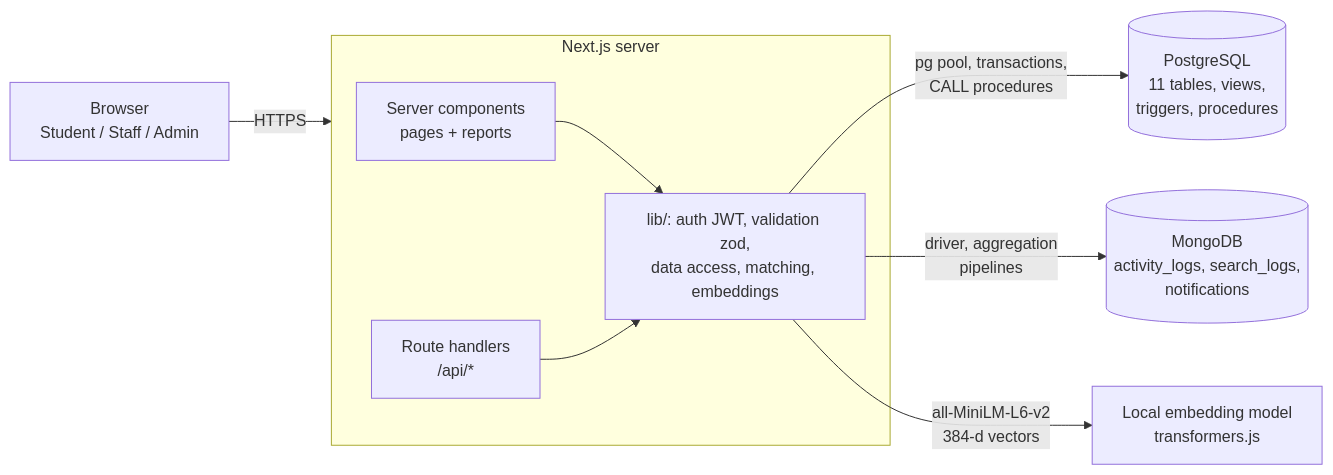
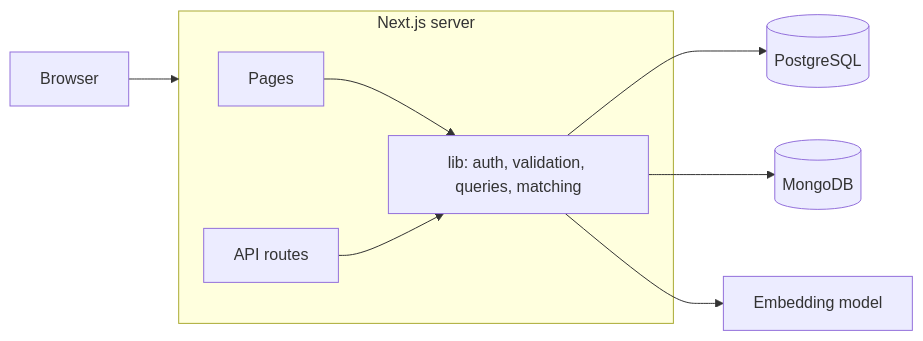
Before and after one commit to vishnu23-sys/DBMS_Project: the first of 2 diagrams in docs/PROJECT_REPORT.md, drawn with Mermaid. The commit also changed other lines of this file and 1 other file, not shown here.

````diff
--- a/docs/PROJECT_REPORT.md
+++ b/docs/PROJECT_REPORT.md
@@ -55,16 +49,16 @@
 ```mermaid
 flowchart LR
-    U[Browser<br/>Student / Staff / Admin] -->|HTTPS| N
+    U[Browser] --> N
 
     subgraph N[Next.js server]
-      P[Server components<br/>pages + reports]
-      A[Route handlers<br/>/api/*]
-      L[lib/: auth JWT, validation zod,<br/>data access, matching, embeddings]
+      P[Pages]
+      A[API routes]
+      L[lib: auth, validation, queries, matching]
       P --> L
       A --> L
     end
 
-    L -->|pg pool, transactions,<br/>CALL procedures| PG[(PostgreSQL<br/>11 tables, views,<br/>triggers, procedures)]
-    L -->|driver, aggregation<br/>pipelines| MG[(MongoDB<br/>activity_logs, search_logs,<br/>notifications)]
-    L -->|all-MiniLM-L6-v2<br/>384-d vectors| E[Local embedding model<br/>transformers.js]
+    L --> PG[(PostgreSQL)]
+    L --> MG[(MongoDB)]
+    L --> E[Embedding model]
 ```
````
